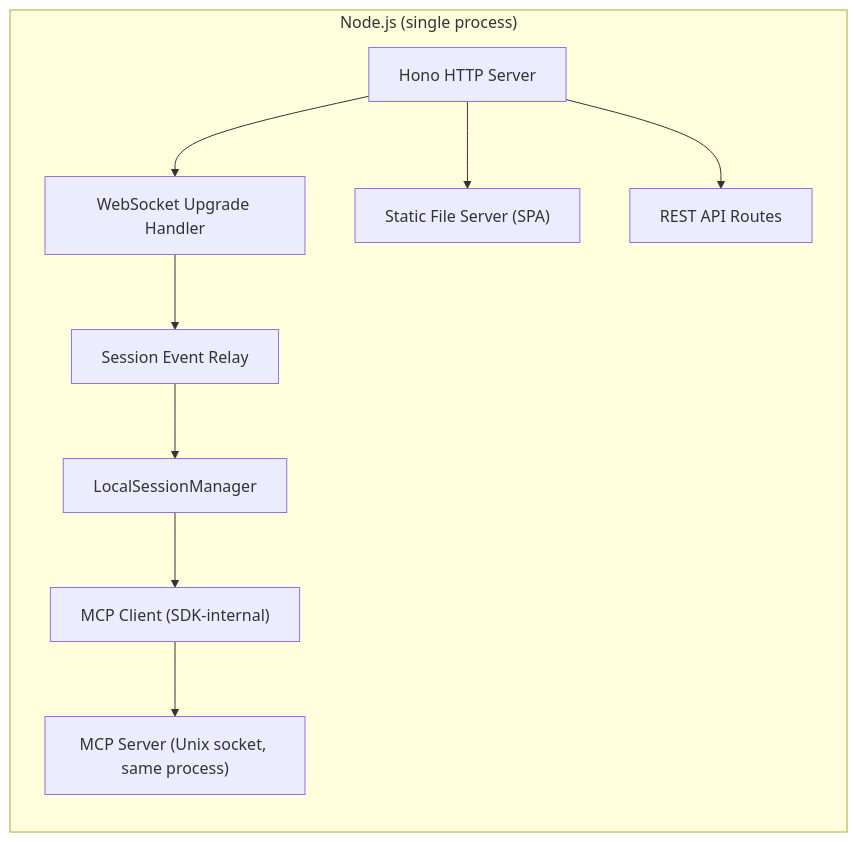
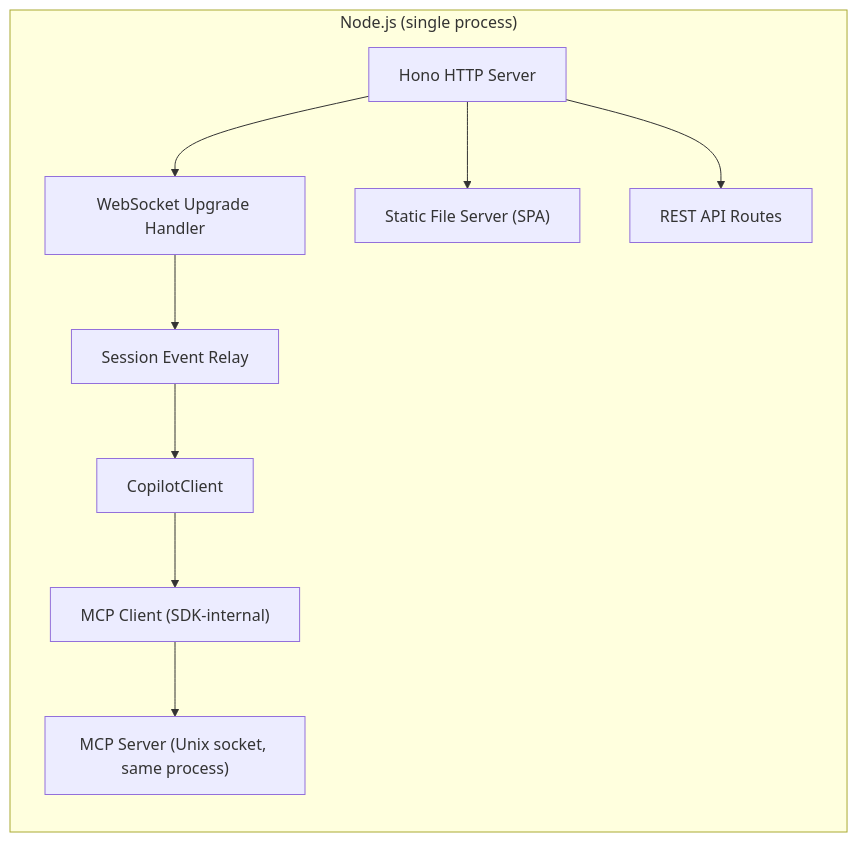
Before and after one commit to ming86/vscode: the second of 5 diagrams in .local/docs/copilot-cli-session/06-webapp-extraction-guide.md, drawn with Mermaid. The commit also changed other lines of this file and 6 other files, not shown here.

````diff
--- a/.local/docs/copilot-cli-session/06-webapp-extraction-guide.md
+++ b/.local/docs/copilot-cli-session/06-webapp-extraction-guide.md
@@ -110,13 +110,13 @@
 ```mermaid
 graph LR
     subgraph SingleProcess["Node.js (single process)"]
         direction TB
         A["Hono HTTP Server"] --> B["WebSocket Upgrade Handler"]
         A --> C["Static File Server (SPA)"]
         A --> D["REST API Routes"]
         B --> E["Session Event Relay"]
-        E --> F["LocalSessionManager"]
+        E --> F["CopilotClient"]
         F --> G["MCP Client (SDK-internal)"]
         G --> H["MCP Server (Unix socket, same process)"]
     end
 ```
````
